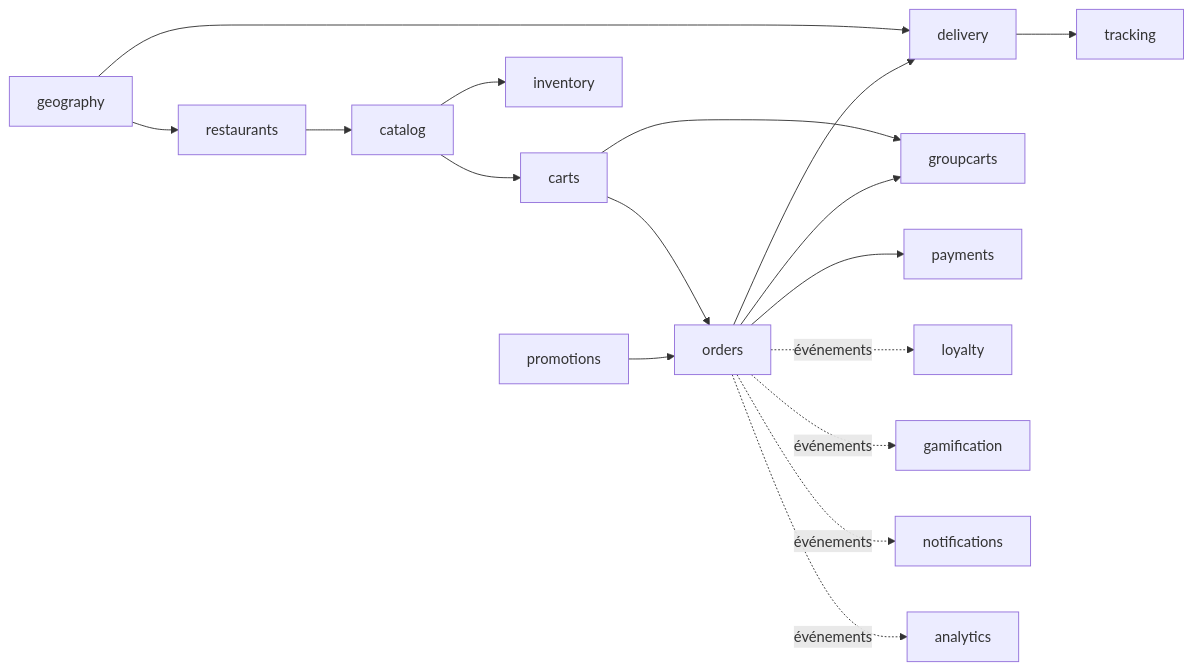
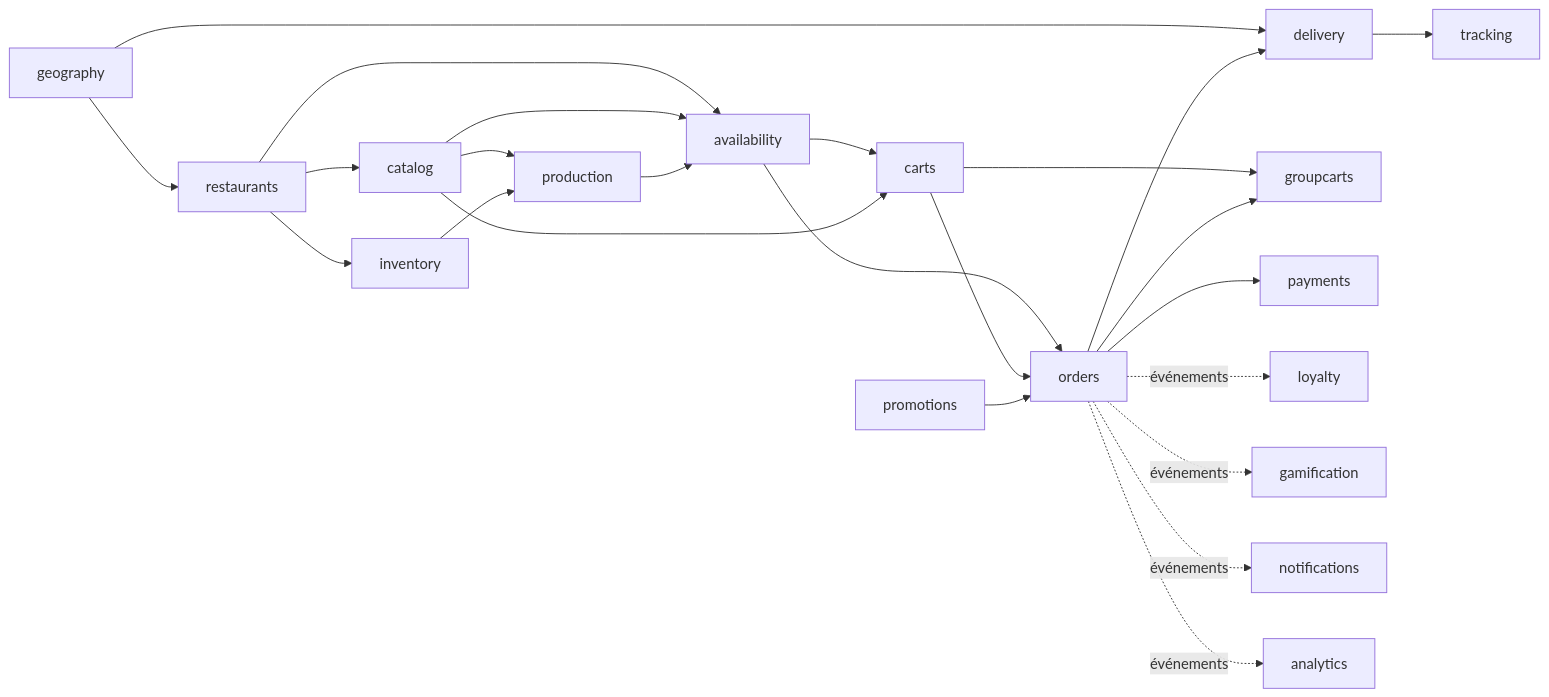
The fifth of 5 diagrams in projet/el-corazon/docs/architecture/02-architecture-generale.md (Hugobossdev/elcorazon), drawn with Mermaid before and after one commit. The commit also changed other lines of this file and 230 other files, not shown here.

````diff
--- a/projet/el-corazon/docs/architecture/02-architecture-generale.md
+++ b/projet/el-corazon/docs/architecture/02-architecture-generale.md
@@ -320,19 +324,26 @@
 ```mermaid
 graph LR
     geography --> restaurants
     geography --> delivery
     restaurants --> catalog
+    restaurants --> inventory
+    catalog --> production
+    inventory --> production
+    restaurants --> availability
+    catalog --> availability
+    production --> availability
+    availability --> carts
+    availability --> orders
     catalog --> carts
-    catalog --> inventory
     carts --> orders
     carts --> groupcarts
     promotions --> orders
     orders --> groupcarts
     orders --> payments
     orders --> delivery
     delivery --> tracking
     orders -. événements .-> loyalty
     orders -. événements .-> gamification
     orders -. événements .-> notifications
     orders -. événements .-> analytics
 ```
````
